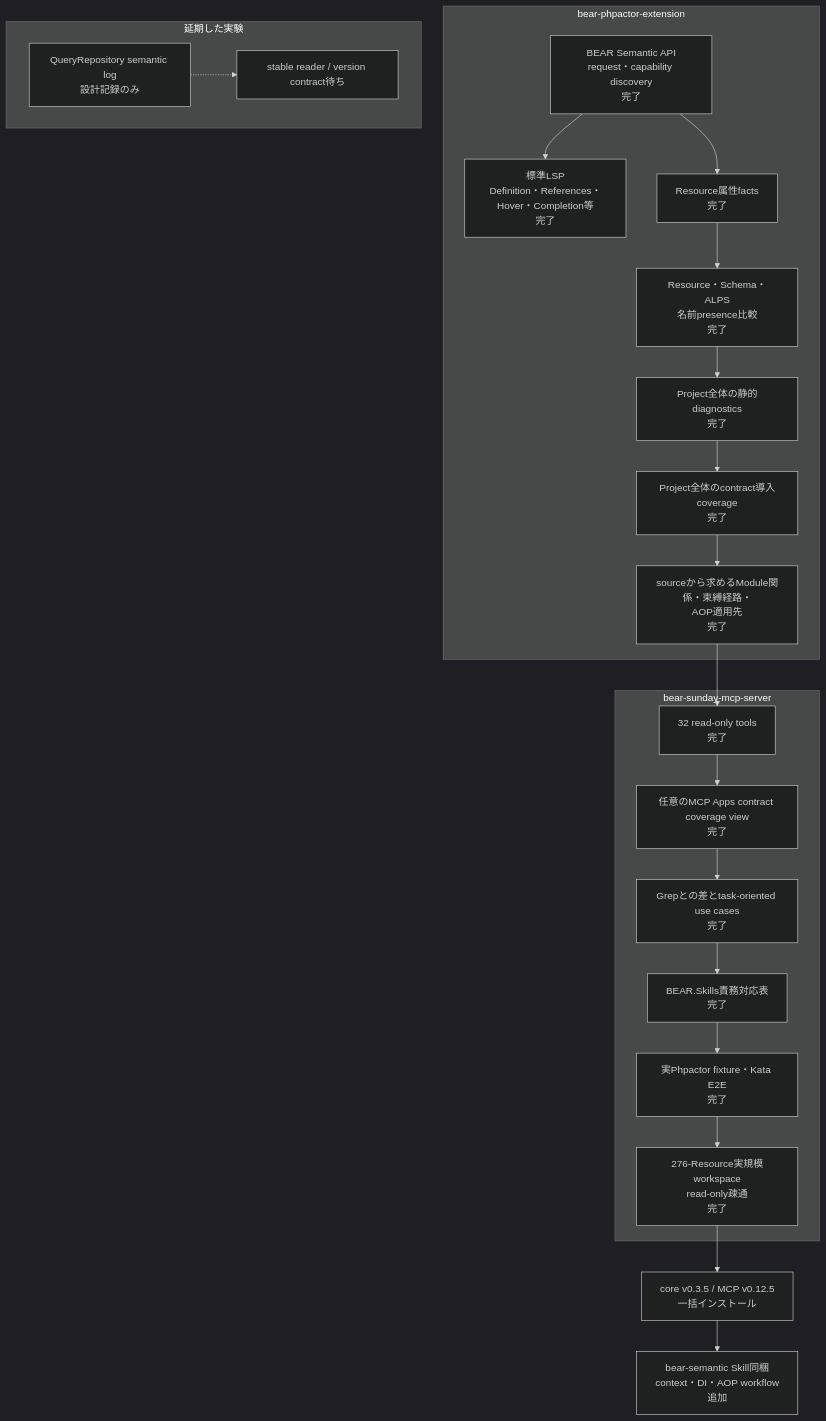
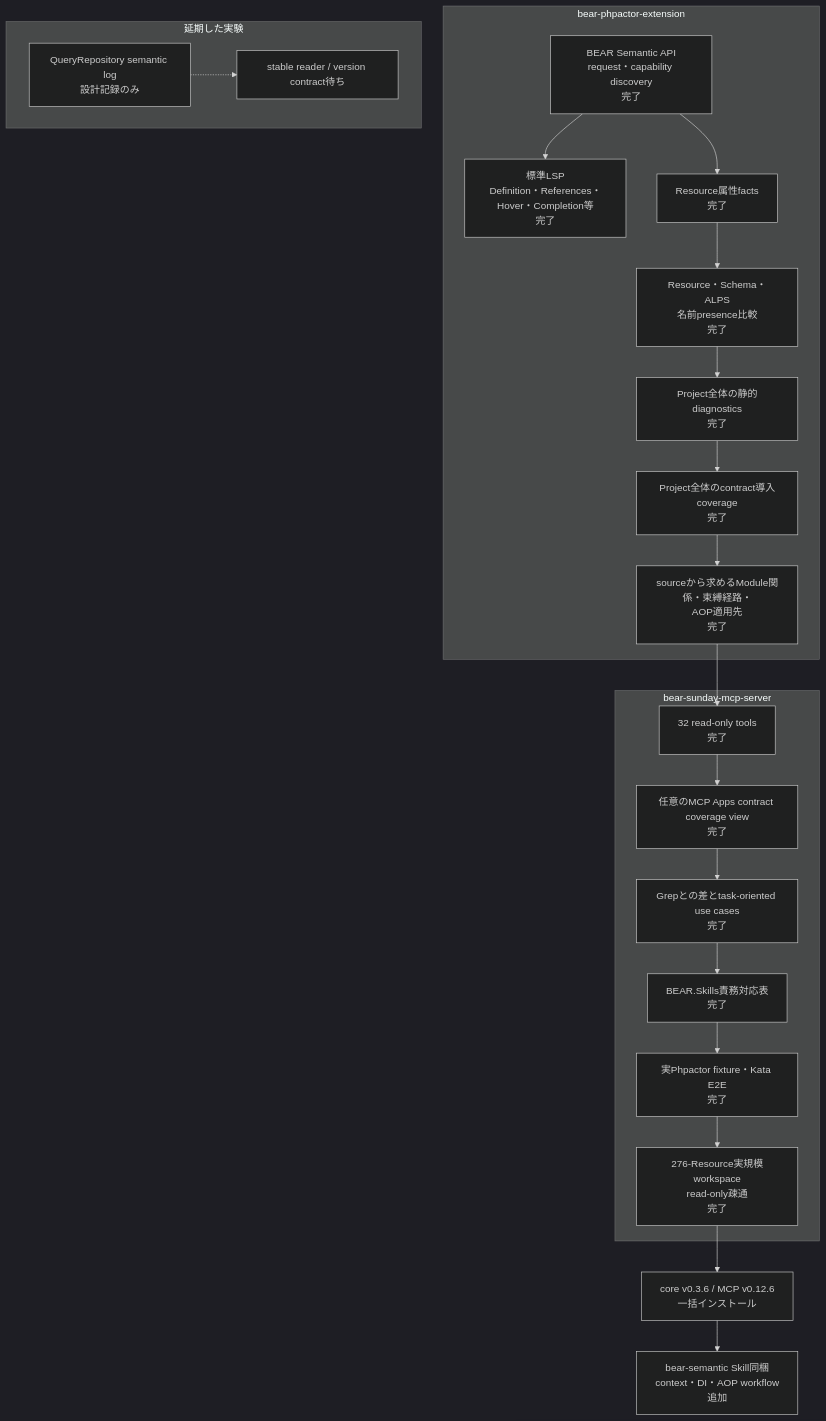
One commit to suzumaze/bear-sunday-mcp-server changed the diagram in docs/project-status.ja.md. Above: the diagram before and after it, drawn with Mermaid (dark theme). The commit also changed other lines of this file and 7 other files, not shown here.

````diff
--- a/docs/project-status.ja.md
+++ b/docs/project-status.ja.md
@@ -8,35 +8,35 @@
 ```mermaid
 flowchart TB
     subgraph Core["bear-phpactor-extension"]
         C1["BEAR Semantic API<br/>request・capability discovery<br/>完了"]
         C2["標準LSP<br/>Definition・References・Hover・Completion等<br/>完了"]
         C3["Resource属性facts<br/>完了"]
         C4["Resource・Schema・ALPS<br/>名前presence比較<br/>完了"]
         C5["Project全体の静的diagnostics<br/>完了"]
         C6["Project全体のcontract導入coverage<br/>完了"]
         C7["sourceから求めるModule関係・束縛経路・<br/>AOP適用先<br/>完了"]
         C1 --> C2
         C1 --> C3 --> C4 --> C5 --> C6 --> C7
     end
 
     subgraph MCP["bear-sunday-mcp-server"]
         M1["32 read-only tools<br/>完了"]
         M0["任意のMCP Apps contract coverage view<br/>完了"]
         M2["Grepとの差とtask-oriented use cases<br/>完了"]
         M3["BEAR.Skills責務対応表<br/>完了"]
         M4["実Phpactor fixture・Kata E2E<br/>完了"]
         M5["276-Resource実規模workspace<br/>read-only疎通<br/>完了"]
         M1 --> M0 --> M2 --> M3 --> M4 --> M5
     end
 
     C7 --> M1
 
     subgraph Deferred["延期した実験"]
         D1["QueryRepository semantic log<br/>設計記録のみ"]
         D2["stable reader / version contract待ち"]
         D1 -.-> D2
     end
 
-    M5 --> R1["core v0.3.5 / MCP v0.12.5<br/>一括インストール"]
+    M5 --> R1["core v0.3.6 / MCP v0.12.6<br/>一括インストール"]
     R1 --> S1["bear-semantic Skill同梱<br/>context・DI・AOP workflow追加"]
 ```
````
